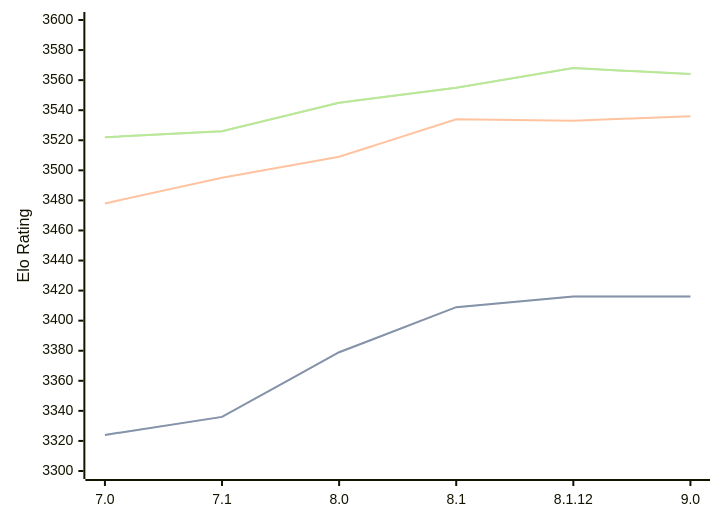
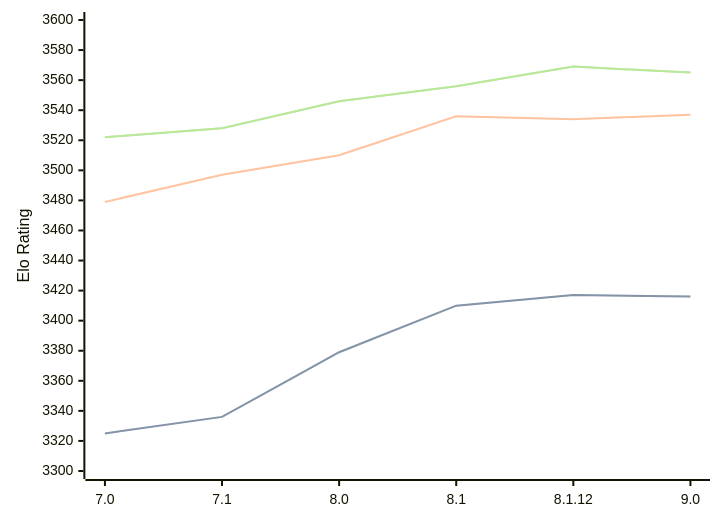
One commit to computer-chess-index/cci changed the diagram in engines/Alexandria.md. Above: the diagram before and after it, drawn with Mermaid. The commit also changed other lines of this file, not shown here.

Commit message:
Update CCI Ratings (ELO VLTC) - 2026-07-25

````diff
--- a/engines/Alexandria.md
+++ b/engines/Alexandria.md
@@ -55,11 +55,11 @@
 ```mermaid
 %%{init: {"theme":"base","themeVariables":{"seriesColors:['#a3a3a3','#222221','#faa371']}}}%%
 xychart-beta
   x-axis ["7.0", "7.1", "8.0", "8.1", "8.1.12", "9.0"]
   y-axis "Elo Rating" 3300 --> 3600
-  line "STC (8.0+0.08s)" [3324, 3336, 3379, 3409, 3416, 3416]
-  line "STC (8.0+0.08s)" [3324, 3336, 3379, 3409, 3416, 3416]
-  line "LTC (60.0+0.60s)" [3478, 3495, 3509, 3534, 3533, 3536]
-  line "VLTC (2m24s+1.12s)" [3522, 3526, 3545, 3555, 3568, 3564]
-  line "VLTC (2m24s+1.12s)" [3522, 3526, 3545, 3555, 3568, 3564]
+  line "STC (8.0+0.08s)" [3325, 3336, 3379, 3410, 3417, 3416]
+  line "STC (8.0+0.08s)" [3325, 3336, 3379, 3410, 3417, 3416]
+  line "LTC (60.0+0.60s)" [3479, 3497, 3510, 3536, 3534, 3537]
+  line "VLTC (2m24s+1.12s)" [3522, 3528, 3546, 3556, 3569, 3565]
+  line "VLTC (2m24s+1.12s)" [3522, 3528, 3546, 3556, 3569, 3565]
 ```
````
